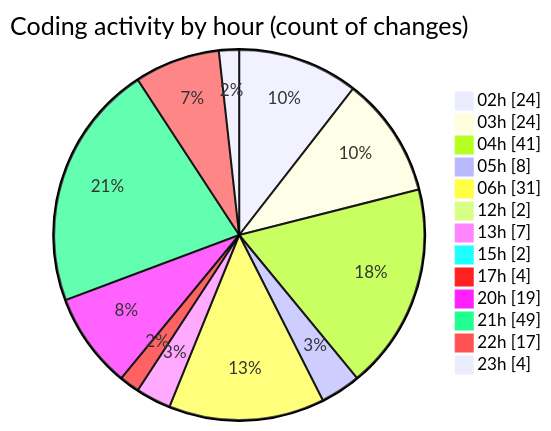
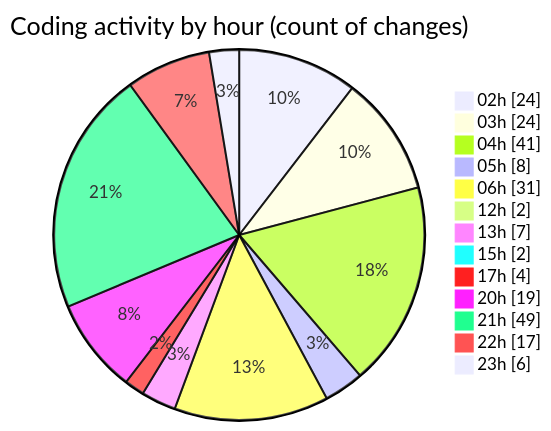
The second of 2 diagrams in 2025-07-23/quanlyrapchieuphim/README.md (lephambinh05/code-tracking), drawn with Mermaid before and after one commit. The commit also changed other lines of this file and 1 other file, not shown here.

````diff
--- a/2025-07-23/quanlyrapchieuphim/README.md
+++ b/2025-07-23/quanlyrapchieuphim/README.md
@@ -46,17 +46,17 @@
 ```mermaid
 pie showData
 title Coding activity by hour (count of changes)
 "02h" : 24
 "03h" : 24
 "04h" : 41
 "05h" : 8
 "06h" : 31
 "12h" : 2
 "13h" : 7
 "15h" : 2
 "17h" : 4
 "20h" : 19
 "21h" : 49
 "22h" : 17
-"23h" : 4
+"23h" : 6
 ```
````
